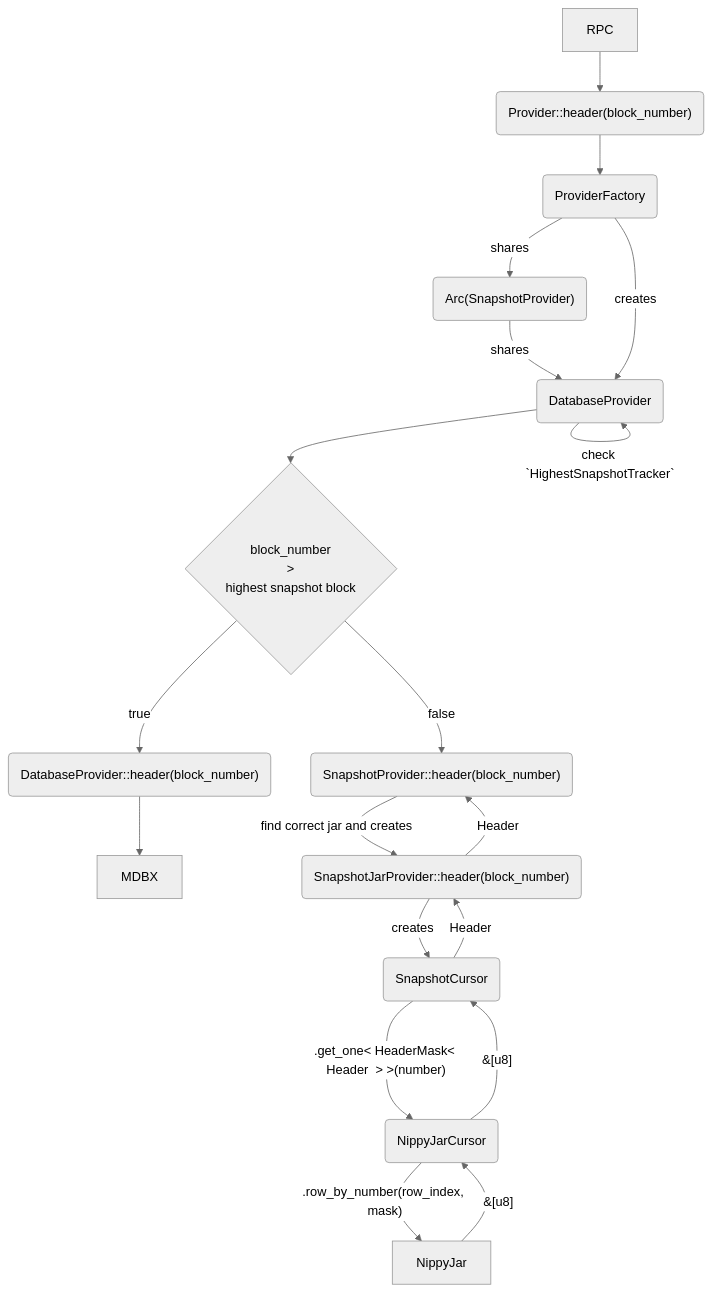
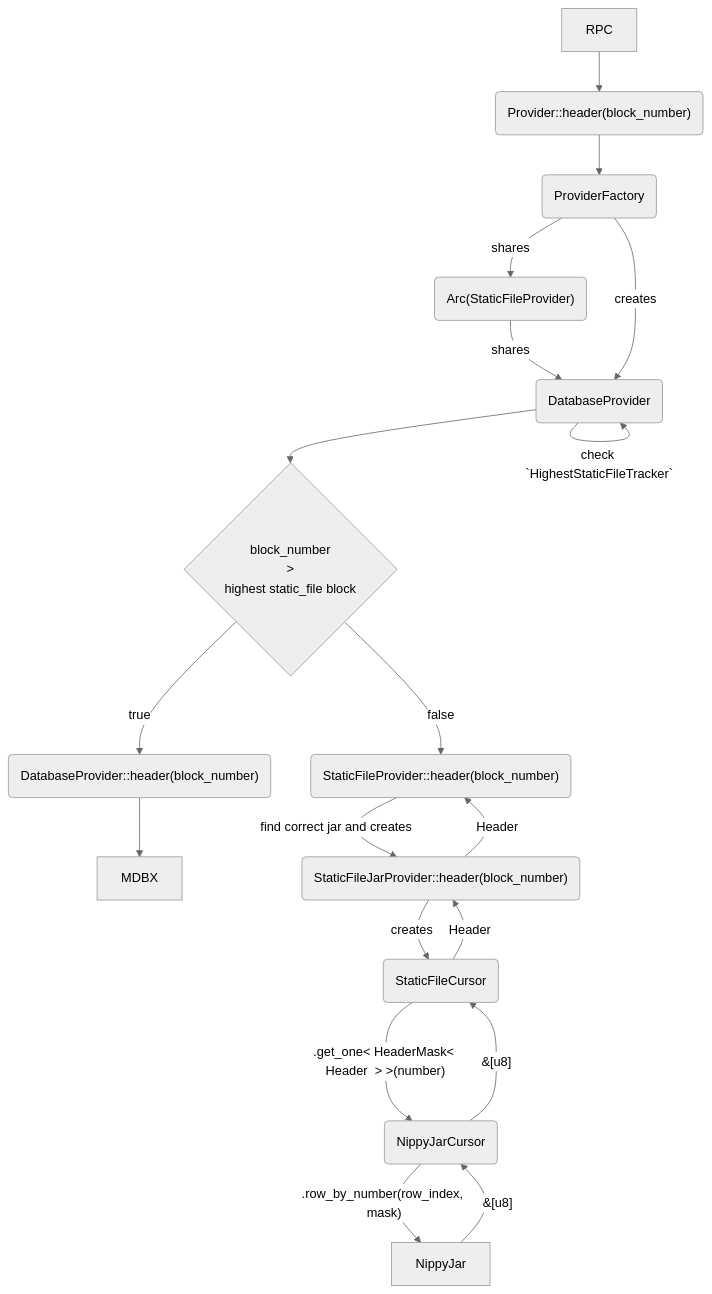
The second of 2 diagrams in crates/static-file/README.md (paradigmxyz/reth), drawn with Mermaid (neutral theme) before and after one commit. The commit also changed other lines of this file and 59 other files, not shown here.

````diff
--- a/crates/static-file/README.md
+++ b/crates/static-file/README.md
@@ -47,21 +47,21 @@
 ```mermaid
 graph TD;
     RPC-->P
     P("Provider::header(block_number)")-->PF(ProviderFactory)
-    PF--shares-->SP1("Arc(SnapshotProvider)")
+    PF--shares-->SP1("Arc(StaticFileProvider)")
     SP1--shares-->PD(DatabaseProvider)
     PF--creates-->PD
-    PD--check `HighestSnapshotTracker`-->PD
-    PD-->DC1{block_number <br> > <br> highest snapshot block}
+    PD--check `HighestStaticFileTracker`-->PD
+    PD-->DC1{block_number <br> > <br> highest static_file block}
     DC1 --> |true| PD1("DatabaseProvider::header(block_number)")
-    DC1 --> |false| ASP("SnapshotProvider::header(block_number)")
+    DC1 --> |false| ASP("StaticFileProvider::header(block_number)")
     PD1 --> MDBX
-    ASP --find correct jar and creates--> JP("SnapshotJarProvider::header(block_number)")
-    JP --"creates"-->SC(SnapshotCursor)
+    ASP --find correct jar and creates--> JP("StaticFileJarProvider::header(block_number)")
+    JP --"creates"-->SC(StaticFileCursor)
     SC --".get_one&lt; HeaderMask&lt; Header  &gt; &gt;(number)"--->NJC("NippyJarCursor")
     NJC--".row_by_number(row_index, mask)"-->NJ[NippyJar]
     NJ--"&[u8]"-->NJC
     NJC--"&[u8]"-->SC
     SC--"Header"--> JP
     JP--"Header"--> ASP
 ```
````
